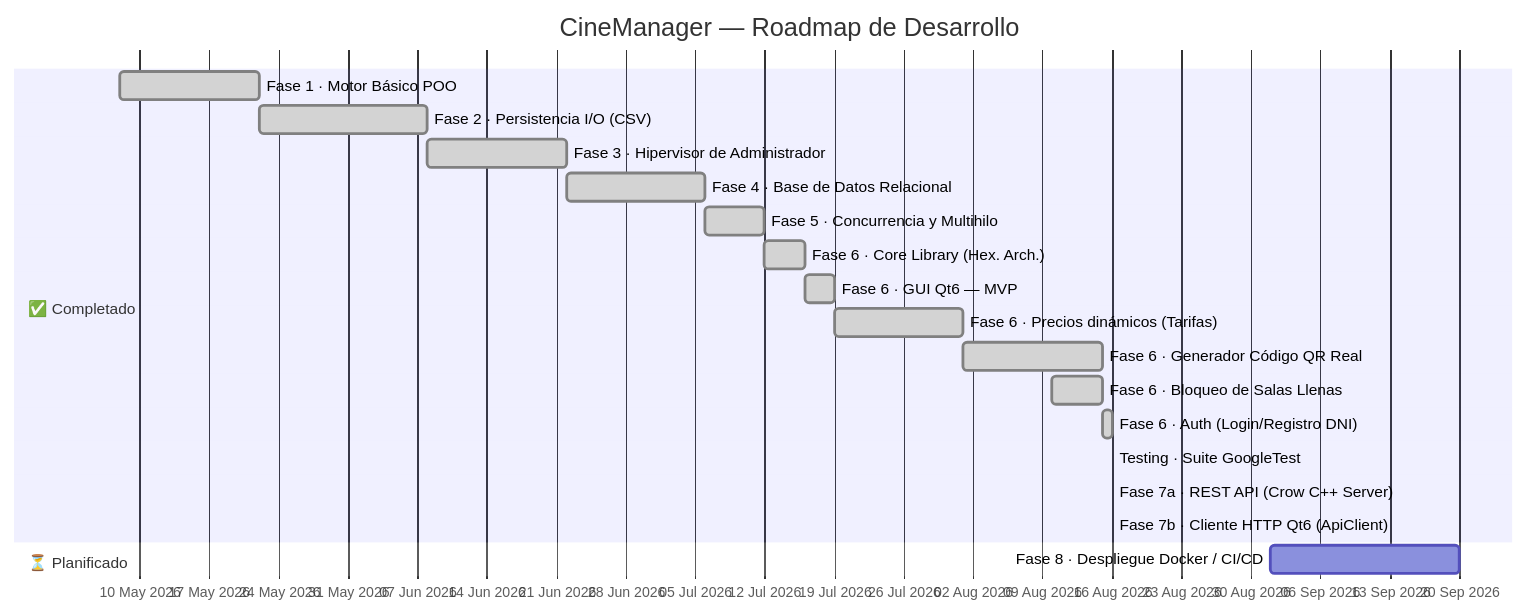
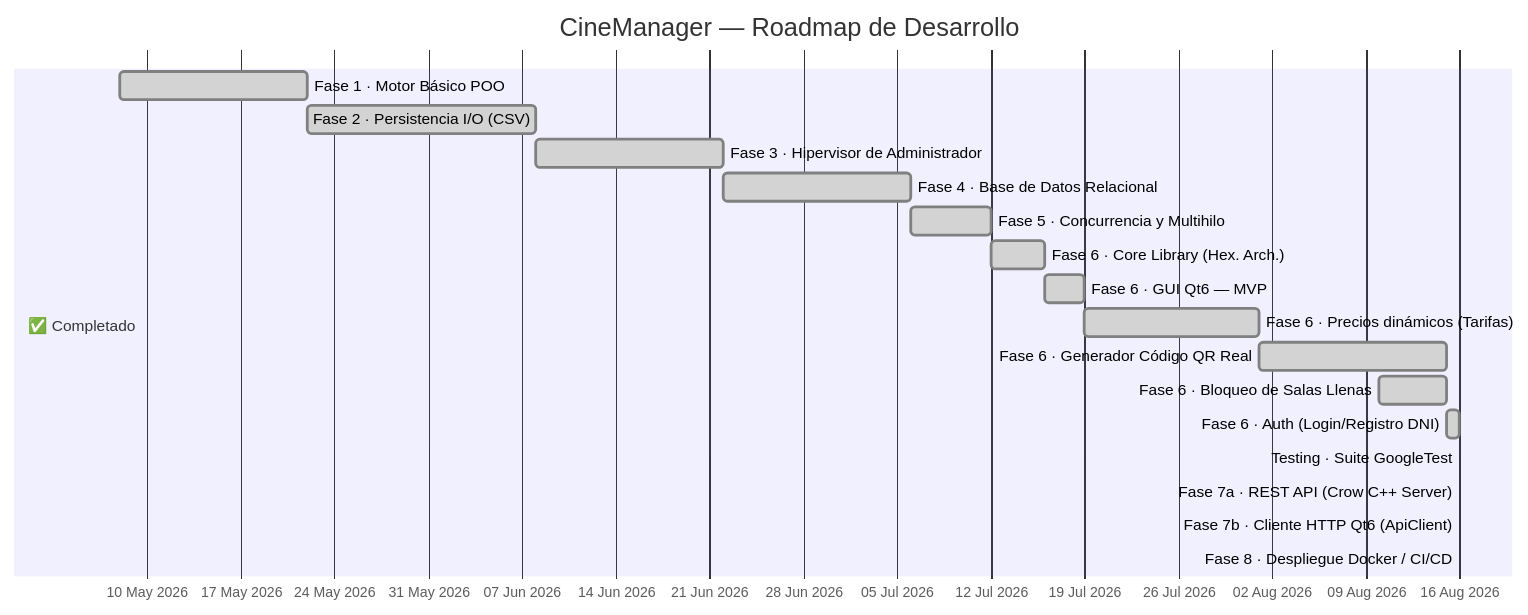
Before and after one commit to jorgebd21/CineManager: the diagram in docs/roadmap.md, drawn with Mermaid. The commit also changed 1 other file, not shown here.

Commit message:
docs: update roadmap and README for CI/CD Docker milestone
- Mark Phase 8 (Docker / CI/CD) as completed in docs/roadmap.md.
- Update project capabilities status in README.md to reflect the deployment integration.

````diff
--- a/docs/roadmap.md
+++ b/docs/roadmap.md
@@ -9,25 +9,23 @@
 ```mermaid
 gantt
     title CineManager — Roadmap de Desarrollo
     dateFormat  YYYY-MM-DD
     axisFormat  %d %b %Y
 
     section ✅ Completado
     Fase 1 · Motor Básico POO             :done, f1,  2026-05-08, 2026-05-22
     Fase 2 · Persistencia I/O (CSV)       :done, f2,  2026-05-22, 2026-06-08
     Fase 3 · Hipervisor de Administrador  :done, f3,  2026-06-08, 2026-06-22
     Fase 4 · Base de Datos Relacional     :done, f4,  2026-06-22, 2026-07-06
     Fase 5 · Concurrencia y Multihilo     :done, f5,  2026-07-06, 2026-07-12
     Fase 6 · Core Library (Hex. Arch.)    :done, f6,  2026-07-12, 2026-07-16
     Fase 6 · GUI Qt6 — MVP               :done, f6a, 2026-07-16, 2026-07-19
     Fase 6 · Precios dinámicos (Tarifas)  :done, f6b, 2026-07-19, 2026-08-01
     Fase 6 · Generador Código QR Real    :done, f6c, 2026-08-01, 2026-08-15
     Fase 6 · Bloqueo de Salas Llenas      :done, f6d, 2026-08-10, 2026-08-15
     Fase 6 · Auth (Login/Registro DNI)    :done, f6e, 2026-08-15, 2026-08-16
     Testing · Suite GoogleTest            :done, f_test, 2026-08-16, 2026-08-16
     Fase 7a · REST API (Crow C++ Server)  :done, f7a,    2026-08-16, 2026-08-16
     Fase 7b · Cliente HTTP Qt6 (ApiClient):done, f7b,    2026-08-16, 2026-08-16
-
-    section ⏳ Planificado
-    Fase 8 · Despliegue Docker / CI/CD    :f8,     2026-09-01, 2026-09-20
+    Fase 8 · Despliegue Docker / CI/CD    :done, f8,     2026-08-16, 2026-08-16
 ```
````
